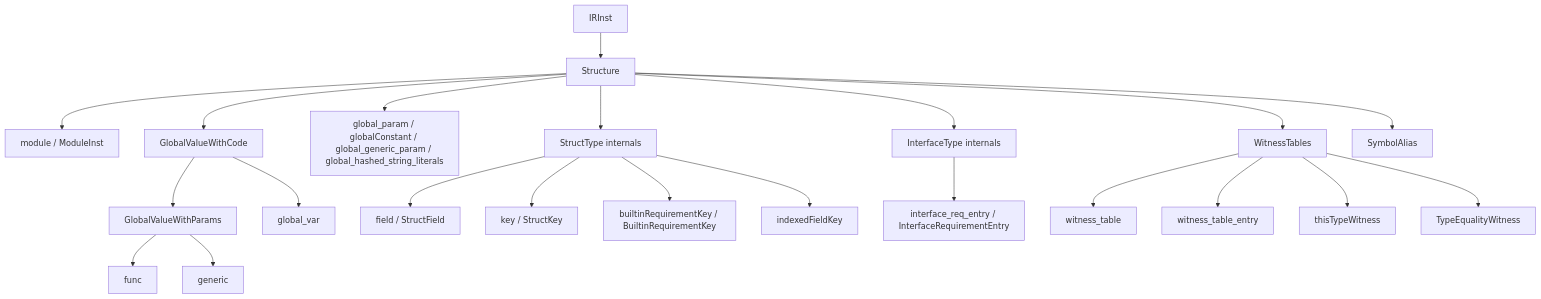
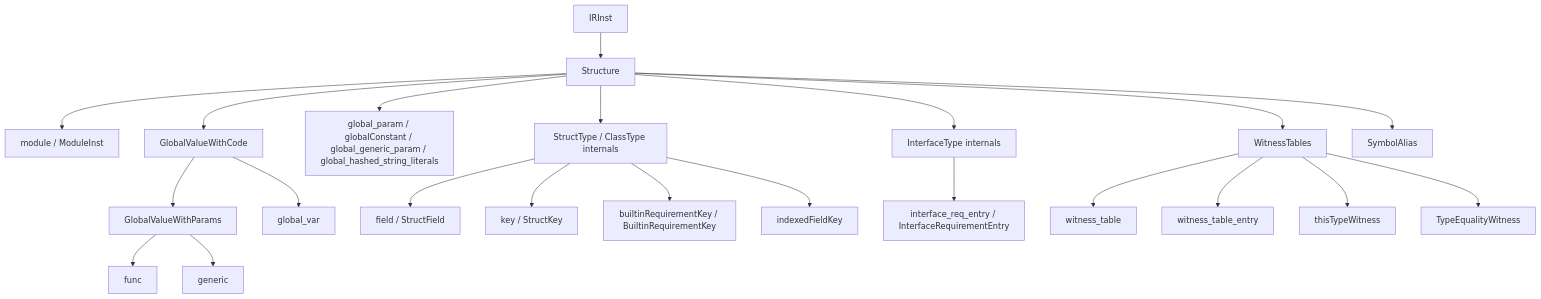
Before and after one commit to shader-slang/slang: the diagram in docs/generated/design/ir-reference/structure.md, drawn with Mermaid. The commit also changed other lines of this file and 176 other files, not shown here.

````diff
--- a/docs/generated/design/ir-reference/structure.md
+++ b/docs/generated/design/ir-reference/structure.md
@@ -60,24 +116,24 @@
 ```mermaid
 flowchart TD
   IRInst --> Structure
   Structure --> moduleNode["module / ModuleInst"]
   Structure --> GlobalValueWithCode
   Structure --> GlobalState["global_param / globalConstant / global_generic_param / global_hashed_string_literals"]
-  Structure --> StructInternals["StructType internals"]
+  Structure --> StructInternals["StructType / ClassType internals"]
   Structure --> InterfaceInternals["InterfaceType internals"]
   Structure --> WitnessTables
   Structure --> SymbolAliasNode["SymbolAlias"]
   GlobalValueWithCode --> GlobalValueWithParams
   GlobalValueWithCode --> global_var
   GlobalValueWithParams --> funcNode[func]
   GlobalValueWithParams --> genericNode[generic]
   StructInternals --> structFieldNode["field / StructField"]
   StructInternals --> structKeyNode["key / StructKey"]
   StructInternals --> builtinReqKeyNode["builtinRequirementKey / BuiltinRequirementKey"]
   StructInternals --> indexedFieldKeyNode[indexedFieldKey]
   InterfaceInternals --> interfaceReqEntryNode["interface_req_entry / InterfaceRequirementEntry"]
   WitnessTables --> witness_tableNode[witness_table]
   WitnessTables --> witness_table_entryNode[witness_table_entry]
   WitnessTables --> thisTypeWitnessNode[thisTypeWitness]
   WitnessTables --> TypeEqualityWitnessNode[TypeEqualityWitness]
 ```
````
